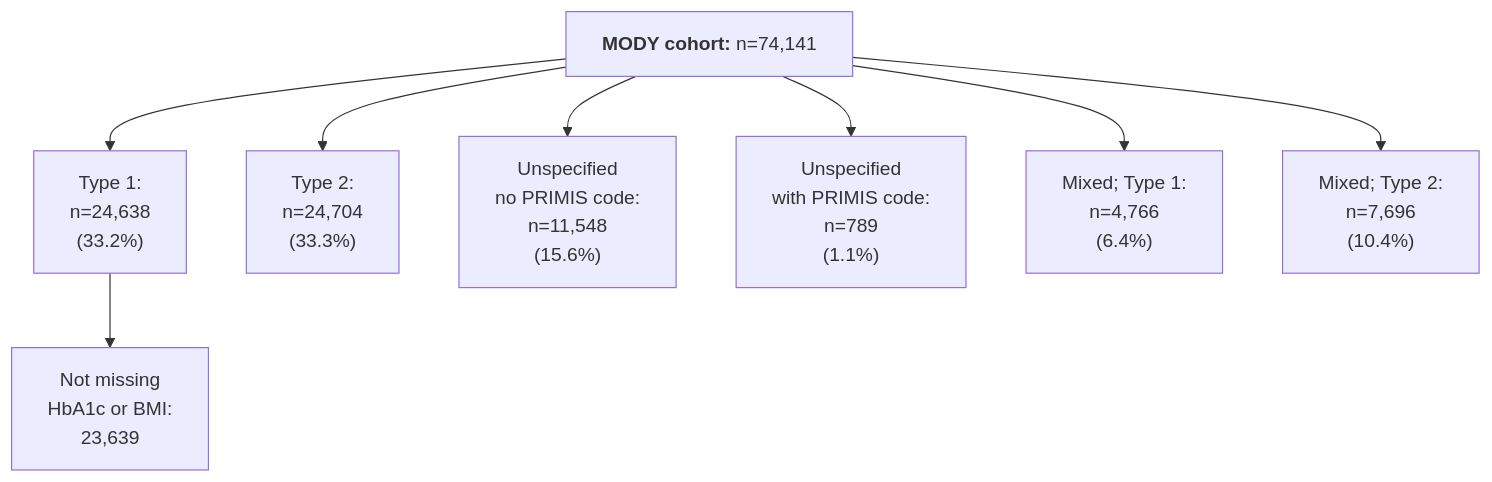
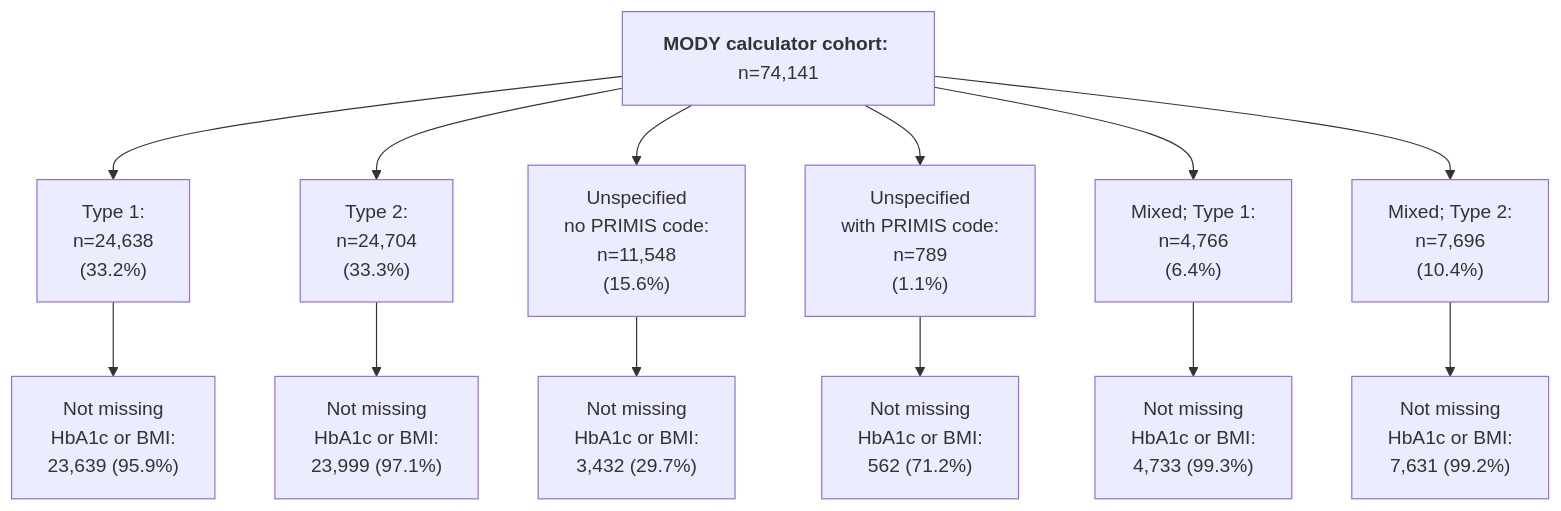
Before and after one commit to Exeter-Diabetes/CPRD-Katie-DePICtion-Scripts: the third of 3 diagrams in README.md, drawn with Mermaid. The commit also changed other lines of this file, not shown here.

````diff
--- a/README.md
+++ b/README.md
@@ -90,13 +90,15 @@
 ```mermaid
 graph TD;
-    G["<b>MODY cohort:</b> n=74,141"] --> H["Type 1:<br>n=24,638<br>(33.2%)"]
+    G["<b>MODY calculator cohort:</b> n=74,141"] --> H["Type 1:<br>n=24,638<br>(33.2%)"]
     G --> I["Type 2:<br>n=24,704<br>(33.3%)"]
     G --> J["Unspecified<br>no PRIMIS code:<br>n=11,548<br>(15.6%)"]
     G --> K["Unspecified<br>with PRIMIS code: <br>n=789<br>(1.1%)"]
     G --> L["Mixed; Type 1:<br>n=4,766<br>(6.4%)"]
     G --> M["Mixed; Type 2:<br>n=7,696<br>(10.4%)"]
-    H --> N["Not missing<br>HbA1c or BMI:<br>23,639"]
-    
-    
-    
+    H --> N["Not missing<br>HbA1c or BMI:<br>23,639 (95.9%)"]
+    I --> O["Not missing<br>HbA1c or BMI:<br>23,999 (97.1%)"]
+    J --> P["Not missing<br>HbA1c or BMI:<br>3,432 (29.7%)"]
+    K --> Q["Not missing<br>HbA1c or BMI:<br>562 (71.2%)"]
+    L --> R["Not missing<br>HbA1c or BMI:<br>4,733 (99.3%)"]
+    M --> S["Not missing<br>HbA1c or BMI:<br>7,631 (99.2%)"]
 ```
````
